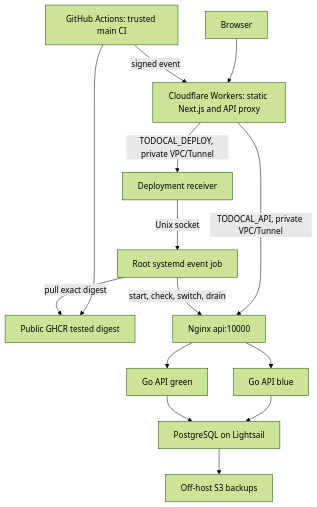
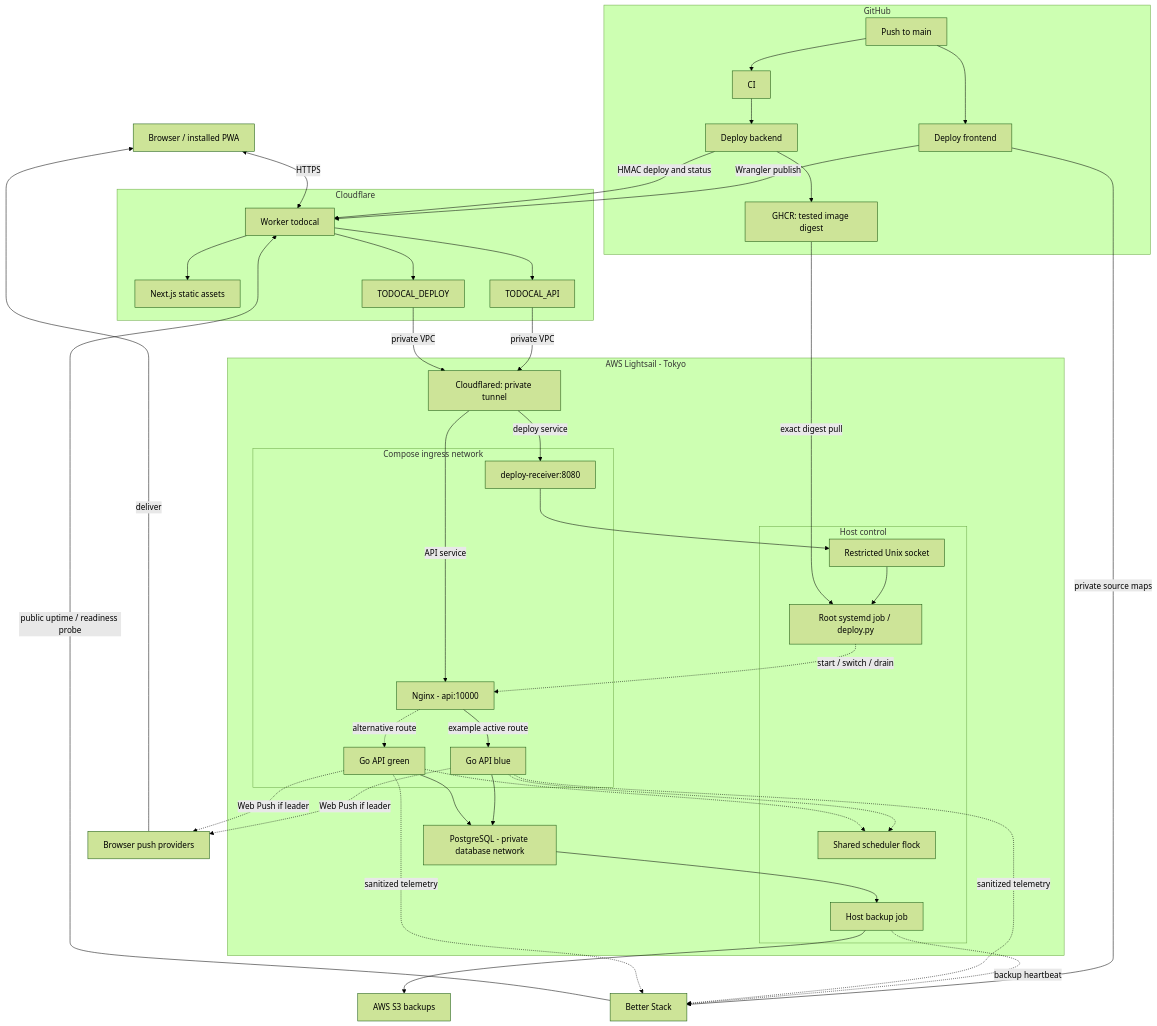
One commit to Walker-mfj/TodoCal changed the diagram in deploy/README.md. Above: the diagram before and after it, drawn with Mermaid (forest theme). The commit also changed other lines of this file and 2 other files, not shown here.

Commit message:
docs: map production architecture and end-to-end operating flows

````diff
--- a/deploy/README.md
+++ b/deploy/README.md
@@ -7,16 +7,67 @@
 ```mermaid
 flowchart TD
-    Browser --> Worker[Cloudflare Workers: static Next.js and API proxy]
-    CI[GitHub Actions: trusted main CI] --> GHCR[Public GHCR tested digest]
-    CI -->|signed event| Worker
-    Worker -->|TODOCAL_API, private VPC/Tunnel| Proxy[Nginx api:10000]
-    Worker -->|TODOCAL_DEPLOY, private VPC/Tunnel| Receiver[Deployment receiver]
-    Receiver -->|Unix socket| Systemd[Root systemd event job]
-    Systemd -->|pull exact digest| GHCR
-    Systemd -->|start, check, switch, drain| Proxy
-    Proxy --> Blue[Go API blue]
-    Proxy --> Green[Go API green]
-    Blue --> DB[PostgreSQL on Lightsail]
-    Green --> DB
-    DB --> S3[Off-host S3 backups]
+    Browser["Browser / installed PWA"]
+    subgraph GitHub["GitHub"]
+        Main["Push to main"]
+        FE["Deploy frontend"]
+        CI["CI"]
+        BE["Deploy backend"]
+        GHCR["GHCR: tested image digest"]
+        Main --> FE
+        Main --> CI --> BE --> GHCR
+    end
+    subgraph Edge["Cloudflare"]
+        Worker["Worker todocal"]
+        Assets["Next.js static assets"]
+        APIBinding["TODOCAL_API"]
+        DeployBinding["TODOCAL_DEPLOY"]
+        Worker --> Assets
+        Worker --> APIBinding
+        Worker --> DeployBinding
+    end
+    subgraph Host["AWS Lightsail - Tokyo"]
+        Tunnel["Cloudflared: private tunnel"]
+        subgraph Ingress["Compose ingress network"]
+            Nginx["Nginx - api:10000"]
+            Receiver["deploy-receiver:8080"]
+            Blue["Go API blue"]
+            Green["Go API green"]
+            Nginx -->|example active route| Blue
+            Nginx -.->|alternative route| Green
+        end
+        subgraph Control["Host control"]
+            Socket["Restricted Unix socket"]
+            Job["Root systemd job / deploy.py"]
+            Lock["Shared scheduler flock"]
+            Backup["Host backup job"]
+            Receiver --> Socket --> Job
+            Job -.->|start / switch / drain| Nginx
+        end
+        DB["PostgreSQL - private database network"]
+        Blue --> DB
+        Green --> DB
+        Blue -.-> Lock
+        Green -.-> Lock
+        DB --> Backup
+        Tunnel -->|API service| Nginx
+        Tunnel -->|deploy service| Receiver
+    end
+    S3["AWS S3 backups"]
+    Push["Browser push providers"]
+    Monitor["Better Stack"]
+    Browser <-->|HTTPS| Worker
+    FE -->|Wrangler publish| Worker
+    FE -->|private source maps| Monitor
+    BE -->|HMAC deploy and status| Worker
+    APIBinding -->|private VPC| Tunnel
+    DeployBinding -->|private VPC| Tunnel
+    GHCR -->|exact digest pull| Job
+    Blue -.->|Web Push if leader| Push
+    Green -.->|Web Push if leader| Push
+    Push -->|deliver| Browser
+    Backup --> S3
+    Backup -.->|backup heartbeat| Monitor
+    Blue -.->|sanitized telemetry| Monitor
+    Green -.->|sanitized telemetry| Monitor
+    Monitor -->|public uptime / readiness probe| Worker
 ```
````
